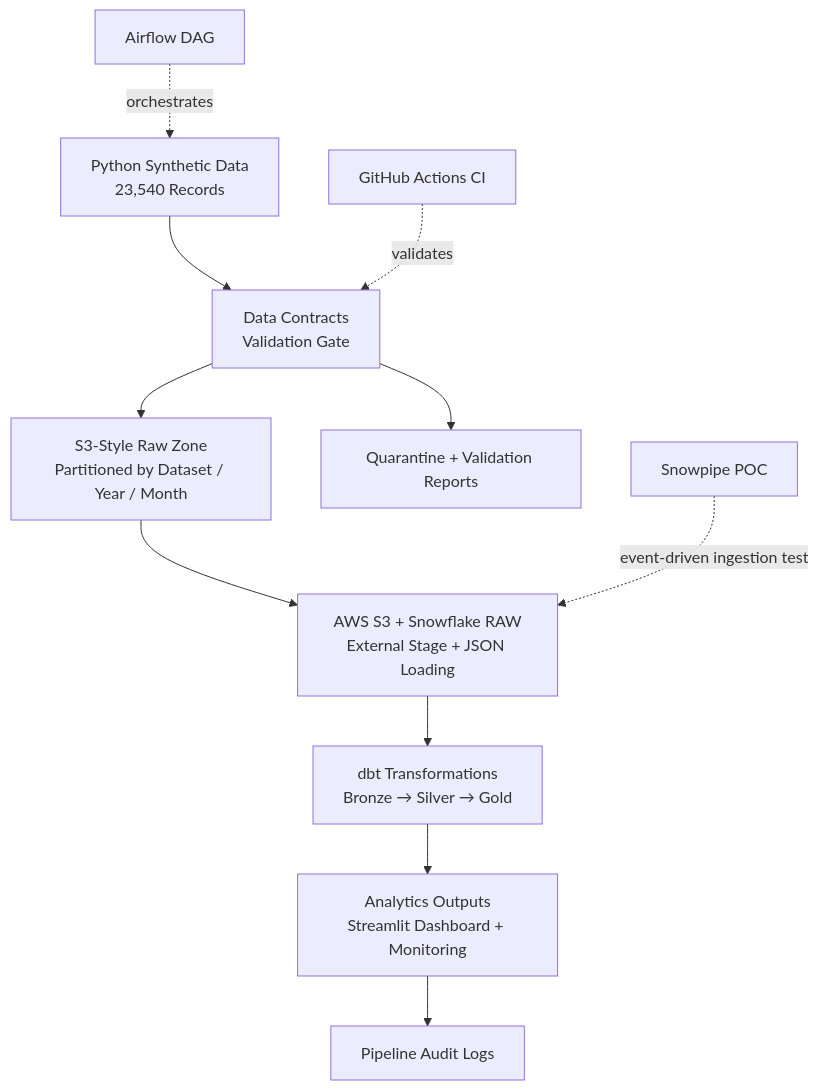
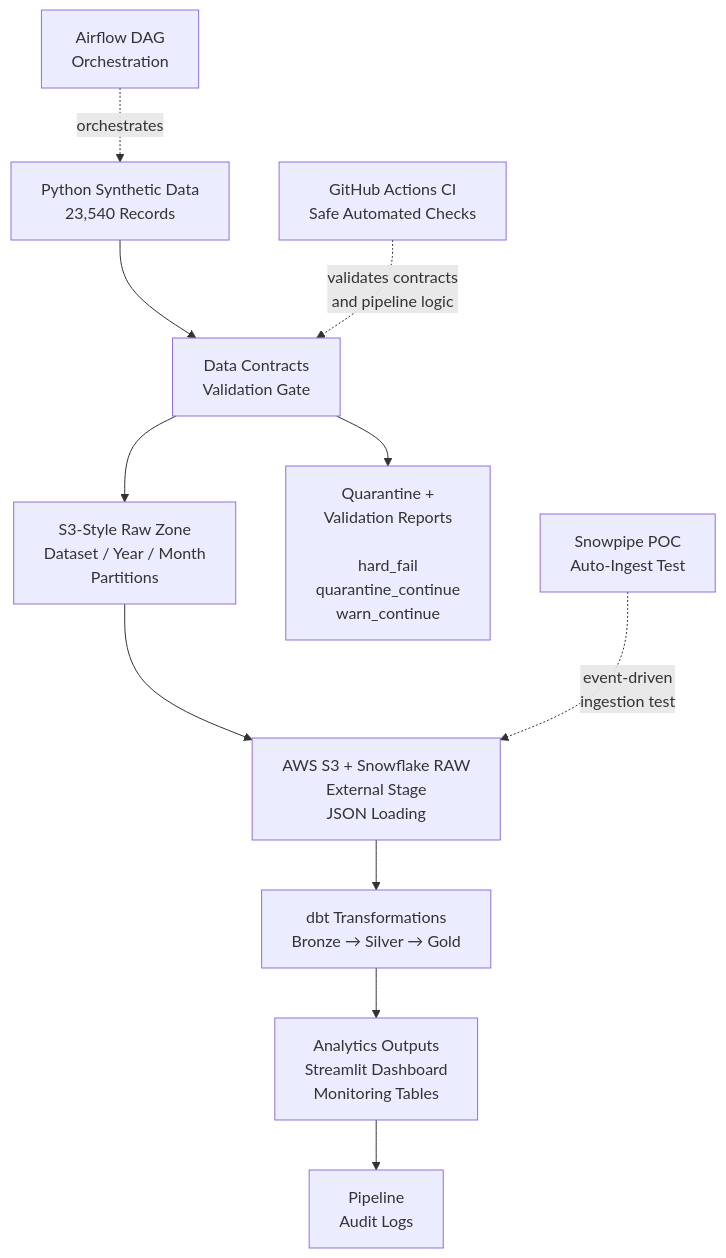
One commit to samahmedQA/fraud-dispute-analytics-pipeline changed the diagram in README.md. Above: the diagram before and after it, drawn with Mermaid.

Commit message:
Refine architecture diagram labels

````diff
--- a/README.md
+++ b/README.md
@@ -67,15 +67,22 @@
 ```mermaid
 flowchart TD
+    I["Airflow DAG<br/>Orchestration"] -. "orchestrates" .-> A
+
     A["Python Synthetic Data<br/>23,540 Records"] --> B["Data Contracts<br/>Validation Gate"]
-    B --> C["S3-Style Raw Zone<br/>Partitioned by Dataset / Year / Month"]
-    C --> D["AWS S3 + Snowflake RAW<br/>External Stage + JSON Loading"]
+
+    B --> C["S3-Style Raw Zone<br/>Dataset / Year / Month<br/>Partitions"]
+
+    C --> D["AWS S3 + Snowflake RAW<br/>External Stage<br/>JSON Loading"]
+
     D --> E["dbt Transformations<br/>Bronze → Silver → Gold"]
-    E --> F["Analytics Outputs<br/>Streamlit Dashboard + Monitoring"]
 
-    B --> G["Quarantine + Validation Reports"]
-    F --> H["Pipeline Audit Logs"]
+    E --> F["Analytics Outputs<br/>Streamlit Dashboard<br/>Monitoring Tables"]
 
-    I["Airflow DAG"] -. "orchestrates" .-> A
-    J["GitHub Actions CI"] -. "validates" .-> B
-    K["Snowpipe POC"] -. "event-driven ingestion test" .-> D
+    B --> G["Quarantine +<br/>Validation Reports<br/><br/>hard_fail<br/>quarantine_continue<br/>warn_continue"]
+
+    F --> H["Pipeline<br/>Audit Logs"]
+
+    J["GitHub Actions CI<br/>Safe Automated Checks"] -. "validates contracts<br/>and pipeline logic" .-> B
+
+    K["Snowpipe POC<br/>Auto-Ingest Test"] -. "event-driven<br/>ingestion test" .-> D
 ```
````
